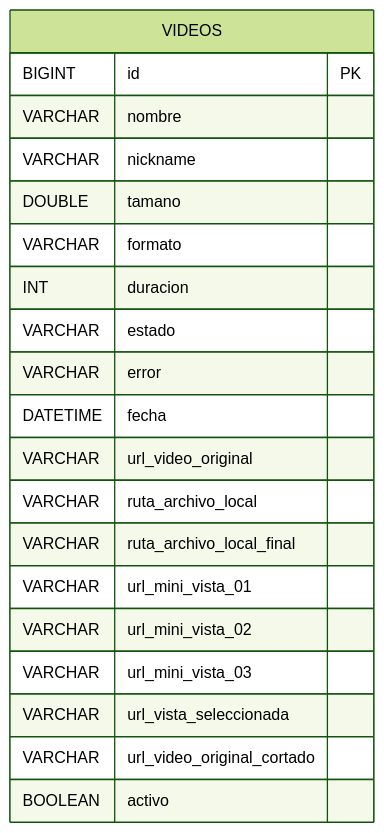
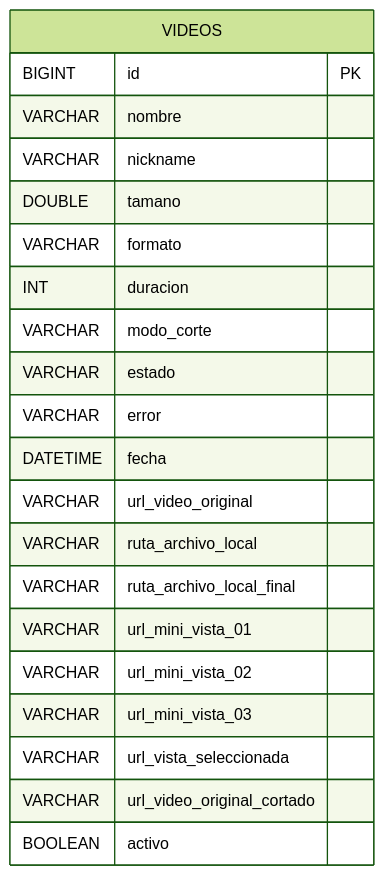
Before and after one commit to scalevision-org/scalevision: the diagram in backend/docs/H2_DATABASE.md, drawn with Mermaid (forest theme). The commit also changed 6 other files, not shown here.

Commit message:
feat(api): ajustar upload a file + modo_corte

````diff
--- a/backend/docs/H2_DATABASE.md
+++ b/backend/docs/H2_DATABASE.md
@@ -5,23 +5,24 @@
 ```mermaid
 erDiagram
     VIDEOS {
         BIGINT id PK
         VARCHAR nombre
         VARCHAR nickname
         DOUBLE tamano
         VARCHAR formato
         INT duracion
+        VARCHAR modo_corte
         VARCHAR estado
         VARCHAR error
         DATETIME fecha
         VARCHAR url_video_original
         VARCHAR ruta_archivo_local
         VARCHAR ruta_archivo_local_final
         VARCHAR url_mini_vista_01
         VARCHAR url_mini_vista_02
         VARCHAR url_mini_vista_03
         VARCHAR url_vista_seleccionada
         VARCHAR url_video_original_cortado
         BOOLEAN activo
     }
 ```
````
